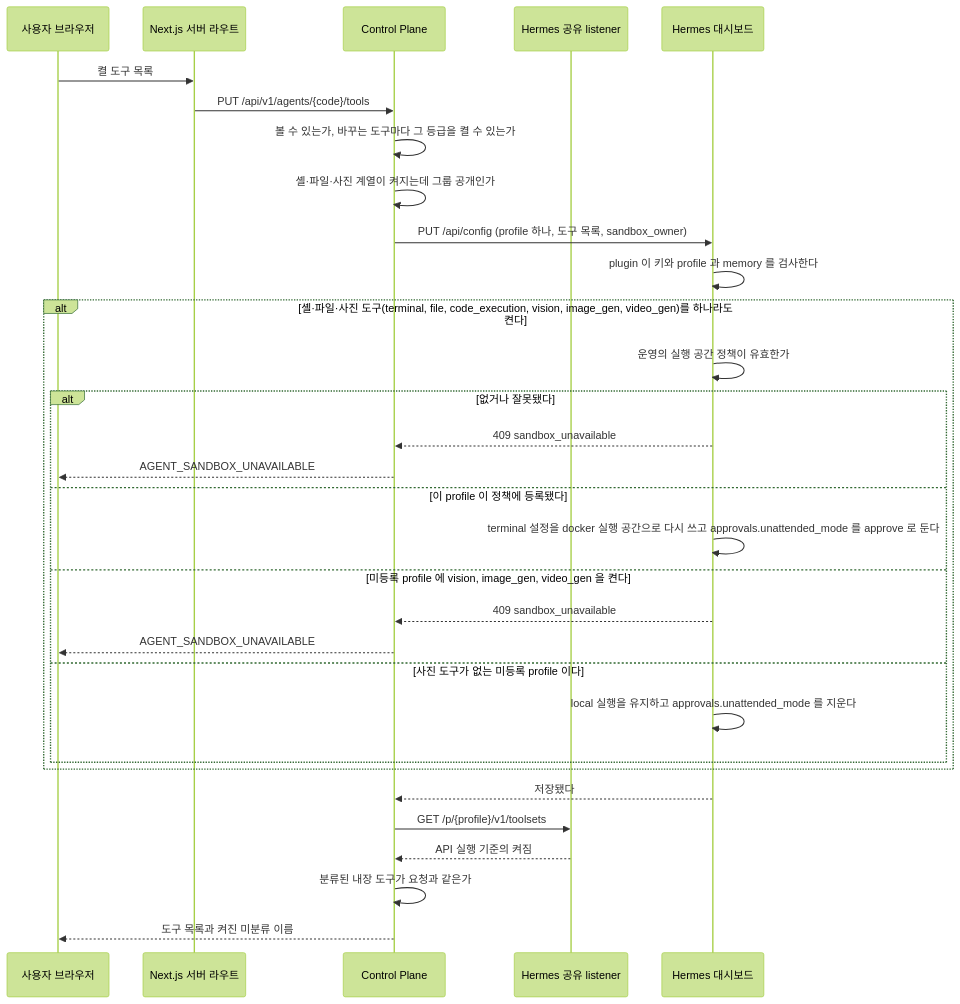
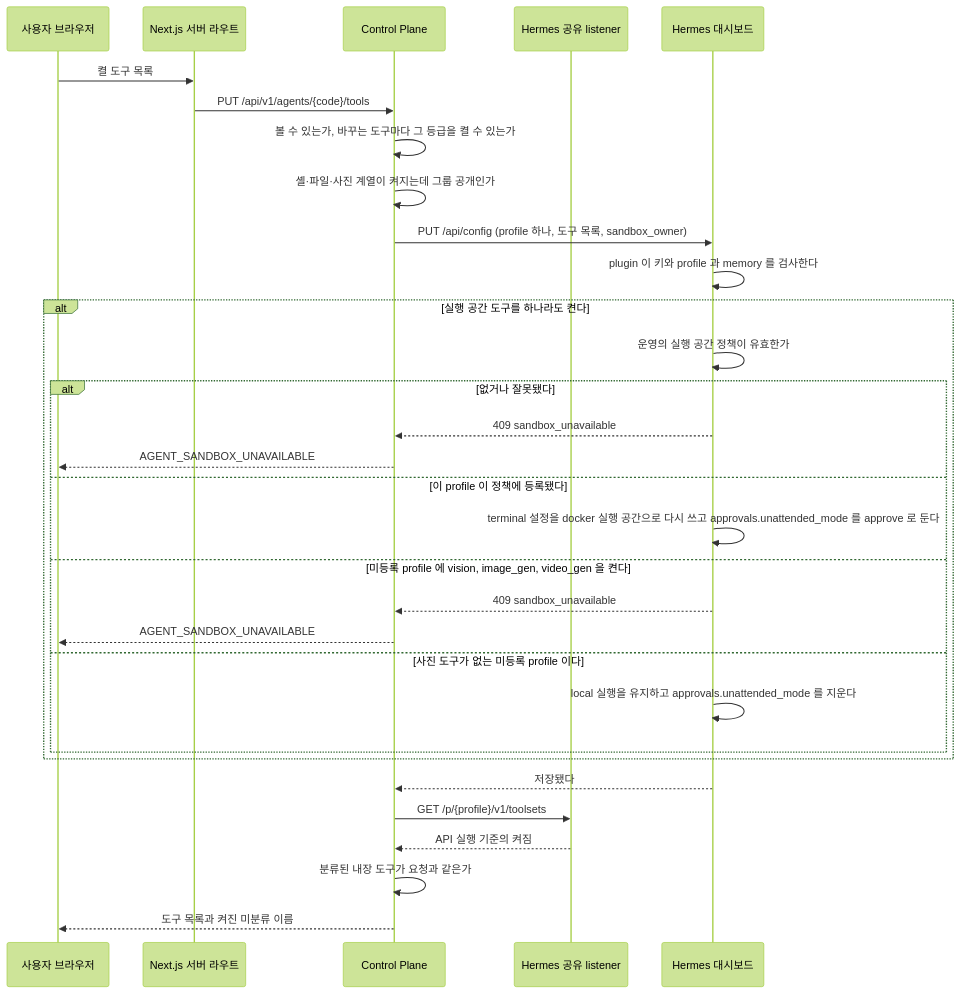
The second of 2 diagrams in docs/backend/agent.md (jon890/fos-assistant), drawn with Mermaid (forest theme) before and after one commit. The commit also changed other lines of this file and 6 other files, not shown here.

````diff
--- a/docs/backend/agent.md
+++ b/docs/backend/agent.md
@@ -226,34 +184,34 @@
 ```mermaid
 sequenceDiagram
     participant U as 사용자 브라우저
     participant W as Next.js 서버 라우트
     participant C as Control Plane
     participant L as Hermes 공유 listener
     participant D as Hermes 대시보드
 
     U->>W: 켤 도구 목록
     W->>C: PUT /api/v1/agents/{code}/tools
     C->>C: 볼 수 있는가, 바꾸는 도구마다 그 등급을 켤 수 있는가
     C->>C: 셸·파일·사진 계열이 켜지는데 그룹 공개인가
     C->>D: PUT /api/config (profile 하나, 도구 목록, sandbox_owner)
     D->>D: plugin 이 키와 profile 과 memory 를 검사한다
-    alt 셸·파일·사진 도구(terminal, file, code_execution, vision, image_gen, video_gen)를 하나라도 켠다
+    alt 실행 공간 도구를 하나라도 켠다
         D->>D: 운영의 실행 공간 정책이 유효한가
         alt 없거나 잘못됐다
             D-->>C: 409 sandbox_unavailable
             C-->>U: AGENT_SANDBOX_UNAVAILABLE
         else 이 profile 이 정책에 등록됐다
             D->>D: terminal 설정을 docker 실행 공간으로 다시 쓰고 approvals.unattended_mode 를 approve 로 둔다
         else 미등록 profile 에 vision, image_gen, video_gen 을 켠다
             D-->>C: 409 sandbox_unavailable
             C-->>U: AGENT_SANDBOX_UNAVAILABLE
         else 사진 도구가 없는 미등록 profile 이다
             D->>D: local 실행을 유지하고 approvals.unattended_mode 를 지운다
         end
     end
     D-->>C: 저장됐다
     C->>L: GET /p/{profile}/v1/toolsets
     L-->>C: API 실행 기준의 켜짐
     C->>C: 분류된 내장 도구가 요청과 같은가
     C-->>U: 도구 목록과 켜진 미분류 이름
 ```
````
